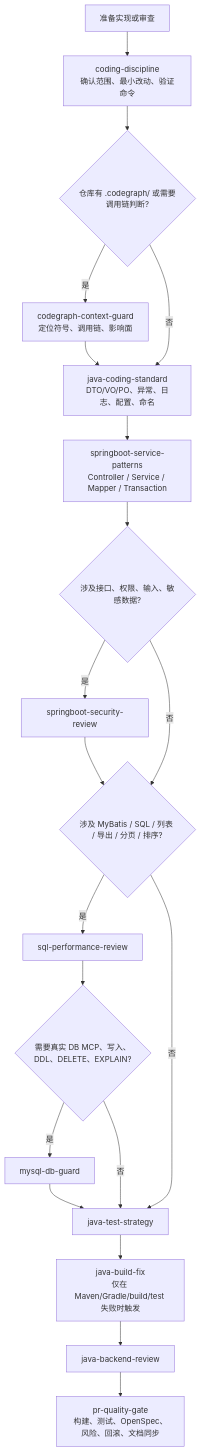
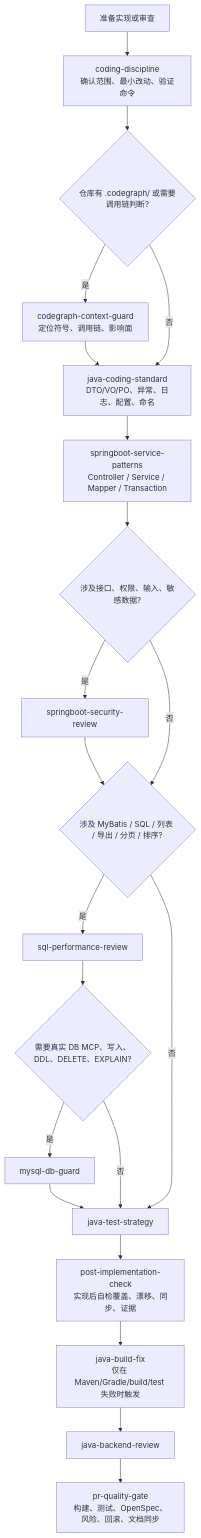
The second of 6 diagrams in 流程图.md (WealthyMan95/hades-openspec-java-workflow), drawn with Mermaid before and after one commit. The commit also changed other lines of this file and 23 other files, not shown here.

Commit message:
feat: add post implementation self check

````diff
--- a/流程图.md
+++ b/流程图.md
@@ -30,22 +33,23 @@
 ```mermaid
 flowchart TD
   A["准备实现或审查"] --> B["coding-discipline<br/>确认范围、最小改动、验证命令"]
   B --> C{"仓库有 .codegraph/ 或需要调用链判断?"}
   C -- "是" --> C1["codegraph-context-guard<br/>定位符号、调用链、影响面"]
   C -- "否" --> D["java-coding-standard<br/>DTO/VO/PO、异常、日志、配置、命名"]
   C1 --> D
   D --> E["springboot-service-patterns<br/>Controller / Service / Mapper / Transaction"]
   E --> F{"涉及接口、权限、输入、敏感数据?"}
   F -- "是" --> F1["springboot-security-review"]
   F -- "否" --> G{"涉及 MyBatis / SQL / 列表 / 导出 / 分页 / 排序?"}
   F1 --> G
   G -- "是" --> G1["sql-performance-review"]
   G1 --> G2{"需要真实 DB MCP、写入、DDL、DELETE、EXPLAIN?"}
   G2 -- "是" --> G3["mysql-db-guard"]
   G2 -- "否" --> H["java-test-strategy"]
   G -- "否" --> H
   G3 --> H
-  H --> I["java-build-fix<br/>仅在 Maven/Gradle/build/test 失败时触发"]
-  I --> J["java-backend-review"]
-  J --> K["pr-quality-gate<br/>构建、测试、OpenSpec、风险、回滚、文档同步"]
+  H --> I["post-implementation-check<br/>实现后自检覆盖、漂移、同步、证据"]
+  I --> J["java-build-fix<br/>仅在 Maven/Gradle/build/test 失败时触发"]
+  J --> K["java-backend-review"]
+  K --> L["pr-quality-gate<br/>构建、测试、OpenSpec、风险、回滚、文档同步"]
 ```
````
